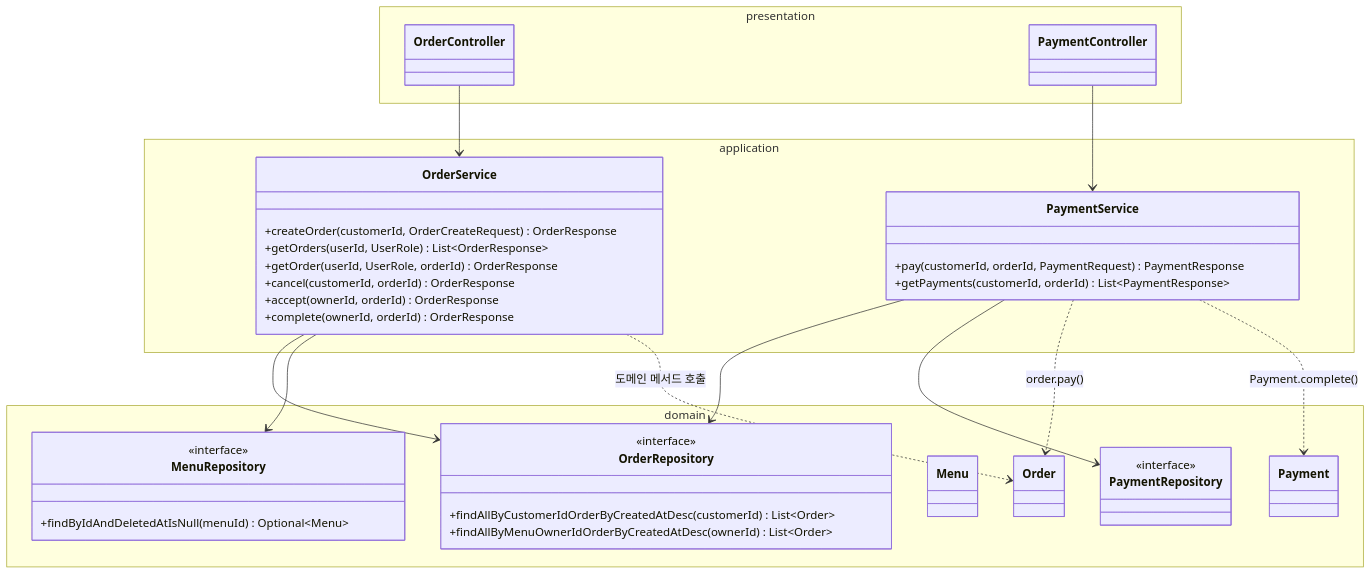
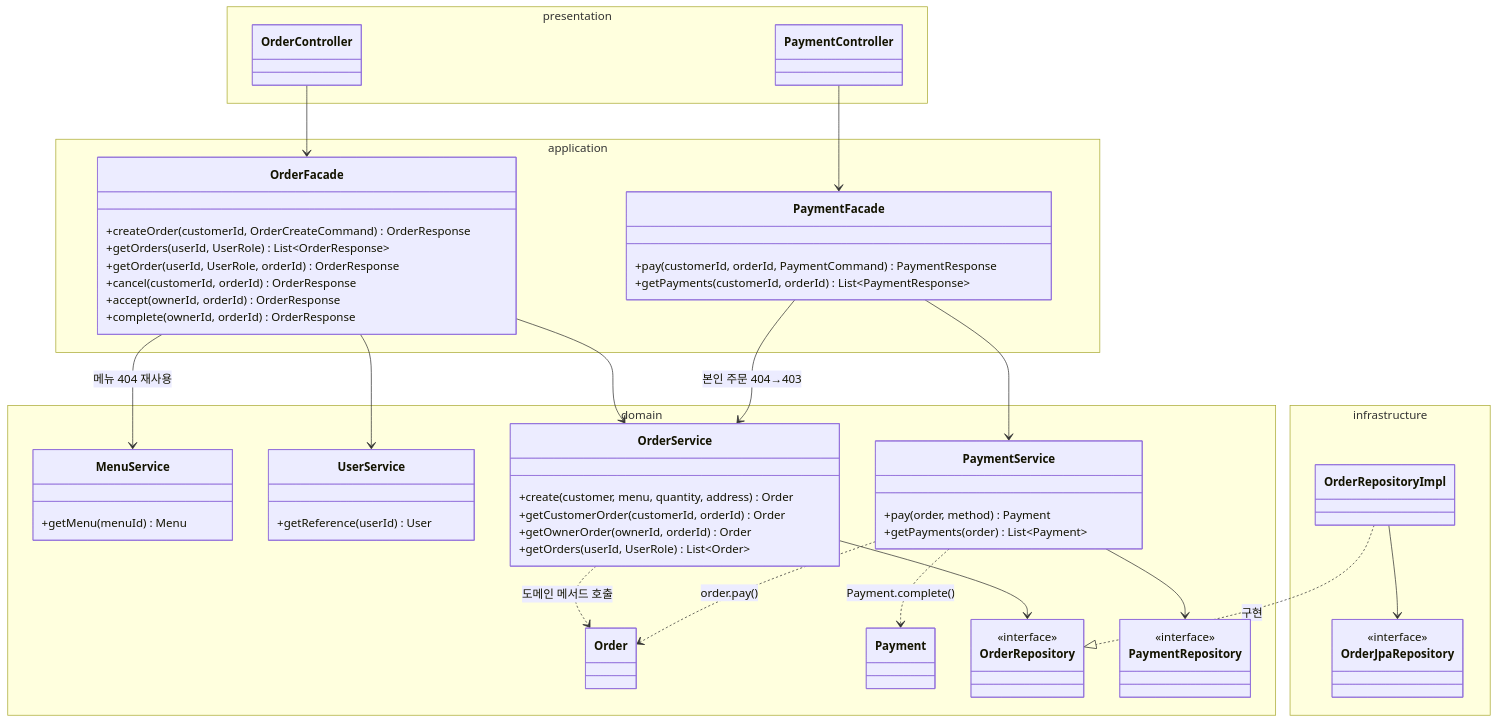
The third of 3 diagrams in docs/design/04-class-diagram.md (dd-jiny/delivery-order-backend), drawn with Mermaid before and after one commit. The commit also changed other lines of this file and 39 other files, not shown here.

First line of the commit message:
refactor: 4계층 구조 정리 (Repository 분리, Facade 도입, DTO·enum 경계 정리)

````diff
--- a/docs/design/04-class-diagram.md
+++ b/docs/design/04-class-diagram.md
@@ -220,50 +230,70 @@
 ```mermaid
 classDiagram
     direction TB
 
     namespace presentation {
         class OrderController
         class PaymentController
     }
     namespace application {
-        class OrderService {
-            +createOrder(customerId, OrderCreateRequest) OrderResponse
+        class OrderFacade {
+            +createOrder(customerId, OrderCreateCommand) OrderResponse
             +getOrders(userId, UserRole) List~OrderResponse~
             +getOrder(userId, UserRole, orderId) OrderResponse
             +cancel(customerId, orderId) OrderResponse
             +accept(ownerId, orderId) OrderResponse
             +complete(ownerId, orderId) OrderResponse
         }
-        class PaymentService {
-            +pay(customerId, orderId, PaymentRequest) PaymentResponse
+        class PaymentFacade {
+            +pay(customerId, orderId, PaymentCommand) PaymentResponse
             +getPayments(customerId, orderId) List~PaymentResponse~
         }
     }
     namespace domain {
+        class MenuService {
+            +getMenu(menuId) Menu
+        }
+        class UserService {
+            +getReference(userId) User
+        }
+        class OrderService {
+            +create(customer, menu, quantity, address) Order
+            +getCustomerOrder(customerId, orderId) Order
+            +getOwnerOrder(ownerId, orderId) Order
+            +getOrders(userId, UserRole) List~Order~
+        }
+        class PaymentService {
+            +pay(order, method) Payment
+            +getPayments(order) List~Payment~
+        }
         class Order
         class Payment
-        class Menu
         class OrderRepository {
             <<interface>>
-            +findAllByCustomerIdOrderByCreatedAtDesc(customerId) List~Order~
-            +findAllByMenuOwnerIdOrderByCreatedAtDesc(ownerId) List~Order~
-        }
-        class MenuRepository {
-            <<interface>>
-            +findByIdAndDeletedAtIsNull(menuId) Optional~Menu~
         }
         class PaymentRepository {
             <<interface>>
         }
     }
+    namespace infrastructure {
+        class OrderRepositoryImpl
+        class OrderJpaRepository {
+            <<interface>>
+        }
+    }
 
-    OrderController --> OrderService
-    PaymentController --> PaymentService
+    OrderController --> OrderFacade
+    PaymentController --> PaymentFacade
+    OrderFacade --> MenuService : 메뉴 404 재사용
+    OrderFacade --> UserService
+    OrderFacade --> OrderService
+    PaymentFacade --> OrderService : 본인 주문 404→403
+    PaymentFacade --> PaymentService
     OrderService --> OrderRepository
-    OrderService --> MenuRepository
     OrderService ..> Order : 도메인 메서드 호출
-    PaymentService --> OrderRepository
     PaymentService --> PaymentRepository
     PaymentService ..> Order : order.pay()
     PaymentService ..> Payment : Payment.complete()
+    OrderRepositoryImpl ..|> OrderRepository : 구현
+    OrderRepositoryImpl --> OrderJpaRepository
 ```
````
